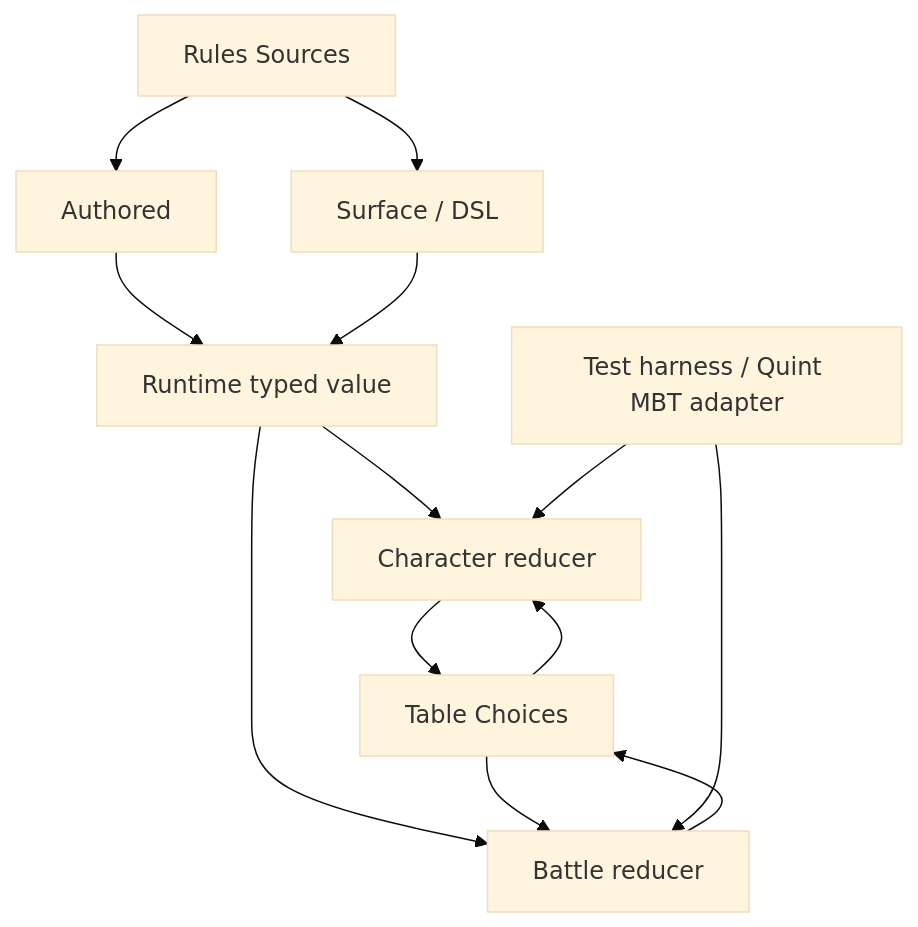
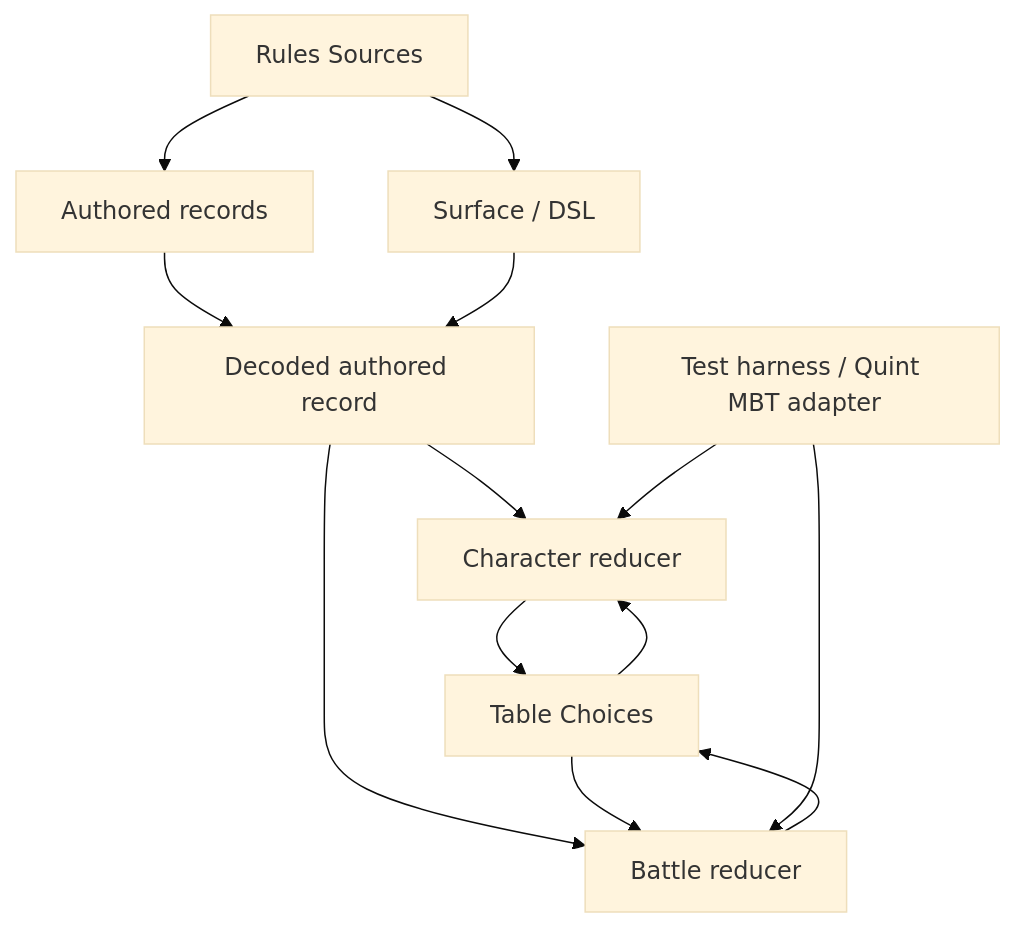
One commit to dearlordylord/5e-quint changed the first of 3 diagrams in plans/SURFACE_TO_BATTLE_VERTICAL_DRAFT.md. Above: the diagram before and after it, drawn with Mermaid (base theme). The commit also changed other lines of this file and 46 other files, not shown here.

````diff
--- a/plans/SURFACE_TO_BATTLE_VERTICAL_DRAFT.md
+++ b/plans/SURFACE_TO_BATTLE_VERTICAL_DRAFT.md
@@ -10,19 +10,19 @@
 ```mermaid
 flowchart TD
-  A["Rules Sources"] --> B["Authored"]
+  A["Rules Sources"] --> B["Authored records"]
   A --> C["Surface / DSL"]
 
-  B --> D["Runtime typed value"]
+  B --> D["Decoded authored record"]
   C --> D
 
   D --> E["Character reducer"]
   D --> F["Battle reducer"]
 
   E --> G["Table Choices"]
   F --> G
   G --> E
   G --> F
 
   H["Test harness / Quint MBT adapter"] --> E
   H --> F
 ```
````
